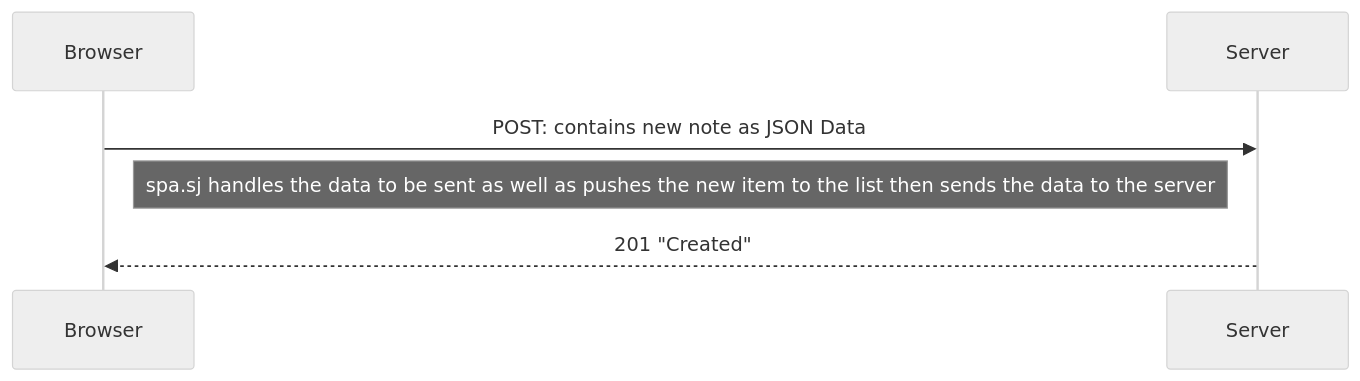
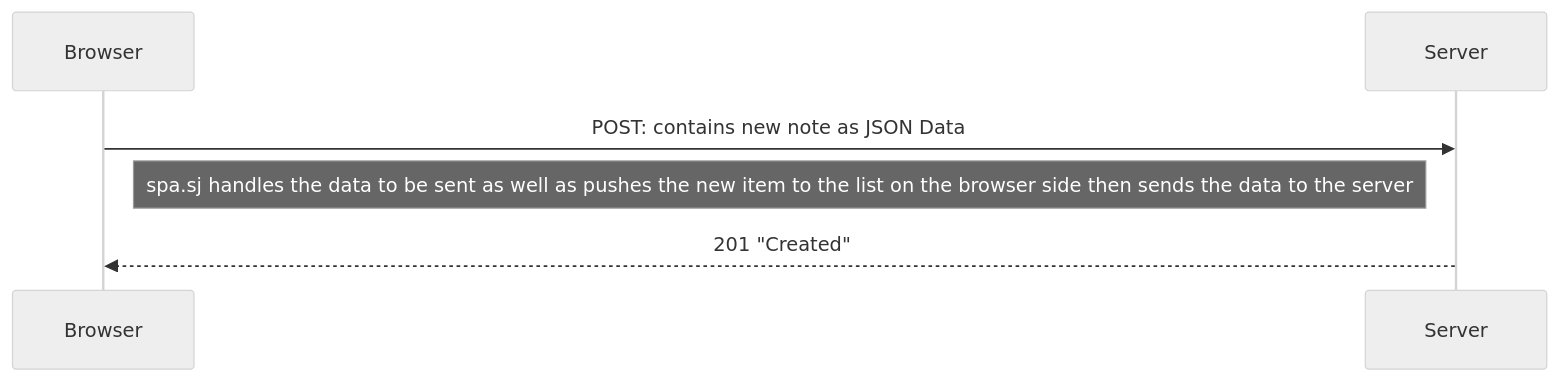
One commit to Bazax/FullstackSubmissions changed the diagram in part0/0.5: Single page app diagram.md. Above: the diagram before and after it, drawn with Mermaid (neutral theme).

Commit message:
Update 0.5: Single page app diagram.md

````diff
--- a/part0/0.5: Single page app diagram.md
+++ b/part0/0.5: Single page app diagram.md
@@ -1,6 +1,8 @@
 ```mermaid
 sequenceDiagram
   Browser ->> Server: POST: contains new note as JSON Data
-  note right of Browser: spa.sj handles the data to be sent as well as pushes the new item to the list then sends the     data to the server 
+
+  note right of Browser: spa.sj handles the data to be sent as well as pushes the new item to the list on the browser side then sends the data to the server
+
   Server -->> Browser: 201 "Created"
 ```
````
